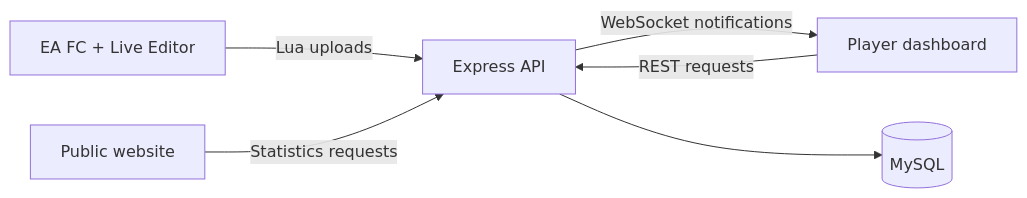
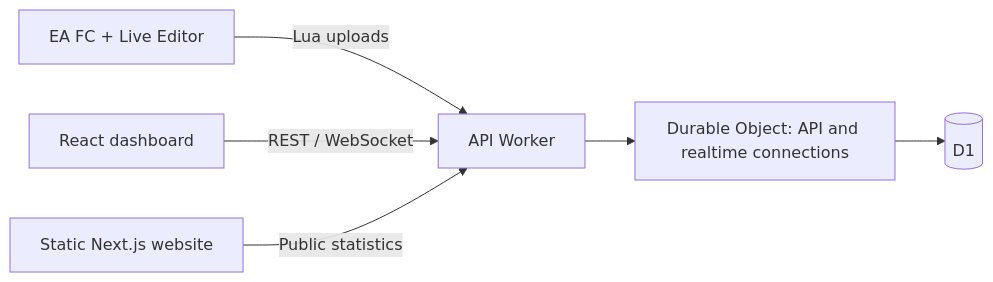
Before and after one commit to VeejaLiu/FC-Career-Top: the diagram in docs/DEVELOPMENT.md, drawn with Mermaid. The commit also changed other lines of this file and 49 other files, not shown here.

````diff
--- a/docs/DEVELOPMENT.md
+++ b/docs/DEVELOPMENT.md
@@ -114,8 +75,8 @@
 ```mermaid
 flowchart LR
-    Game["EA FC + Live Editor"] -->|"Lua uploads"| API["Express API"]
-    Dashboard["Player dashboard"] -->|"REST requests"| API
-    API -->|"WebSocket notifications"| Dashboard
-    Website["Public website"] -->|"Statistics requests"| API
-    API --> DB[(MySQL)]
+    Game["EA FC + Live Editor"] -->|"Lua uploads"| API["API Worker"]
+    Dashboard["React dashboard"] -->|"REST / WebSocket"| API
+    Website["Static Next.js website"] -->|"Public statistics"| API
+    API --> Backend["Durable Object: API and realtime connections"]
+    Backend --> DB[(D1)]
 ```
````
